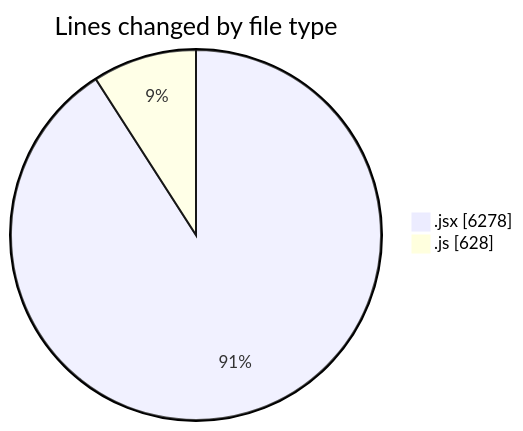
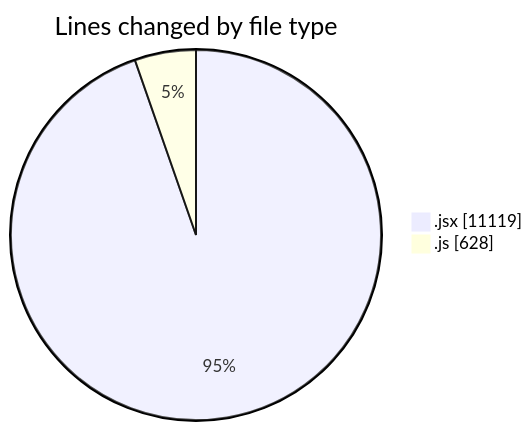
Before and after one commit to nxtqubesakshisongat/code-tracking: the first of 2 diagrams in 2025-09-25/nxtqube_webapp/README.md, drawn with Mermaid. The commit also changed other lines of this file and 1 other file, not shown here.

````diff
--- a/2025-09-25/nxtqube_webapp/README.md
+++ b/2025-09-25/nxtqube_webapp/README.md
@@ -23,6 +23,6 @@
 ```mermaid
 pie showData
 title Lines changed by file type
-".jsx" : 6278
+".jsx" : 11119
 ".js" : 628
 ```
````
